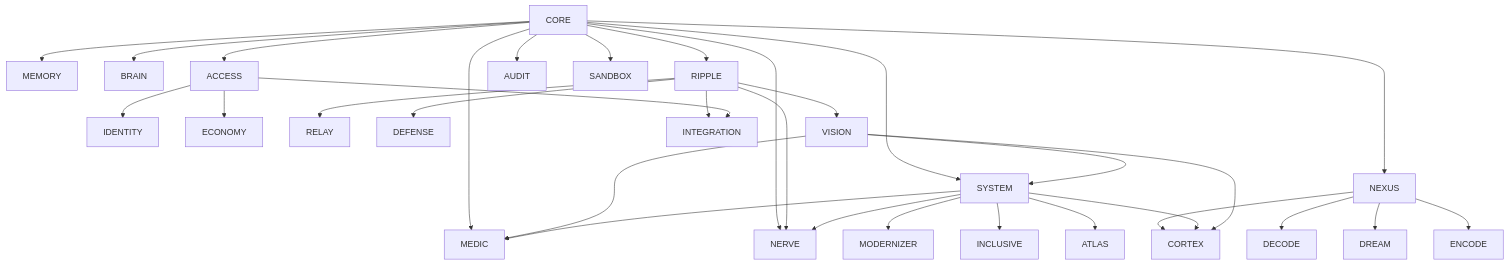
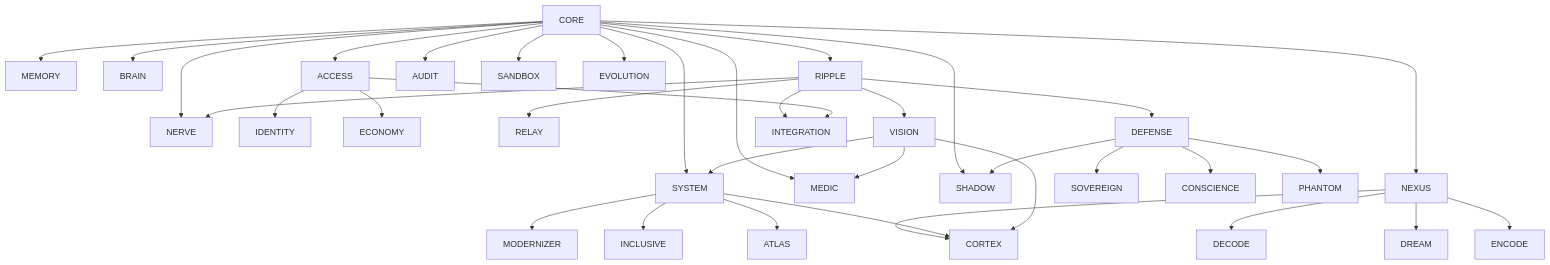
The diagram in docs/internal/01-topology-and-module-registry.md (SweetKenneth/cmpsbl), drawn with Mermaid before and after one commit. The commit also changed other lines of this file, not shown here.

Commit message:
Promoted SHADOW to CSZ node

````diff
--- a/docs/internal/01-topology-and-module-registry.md
+++ b/docs/internal/01-topology-and-module-registry.md
@@ -118,34 +151,38 @@
 ```mermaid
 graph TD
   CORE --> MEMORY
   CORE --> BRAIN
   CORE --> RIPPLE
   CORE --> ACCESS
   CORE --> NEXUS
   CORE --> AUDIT
   CORE --> SANDBOX
   CORE --> MEDIC
   CORE --> NERVE
+  CORE --> SHADOW
+  CORE --> EVOLUTION
   ACCESS --> IDENTITY
   ACCESS --> ECONOMY
   RIPPLE --> RELAY
   RIPPLE --> DEFENSE
   RIPPLE --> VISION
   RIPPLE --> INTEGRATION
   RIPPLE --> NERVE
   ACCESS --> INTEGRATION
   NEXUS --> DECODE
   NEXUS --> DREAM
   NEXUS --> ENCODE
   CORE --> SYSTEM
   VISION --> SYSTEM
   VISION --> MEDIC
-  SYSTEM --> MEDIC
-  SYSTEM --> NERVE
   SYSTEM --> MODERNIZER
   SYSTEM --> INCLUSIVE
   SYSTEM --> ATLAS
   NEXUS --> CORTEX
   SYSTEM --> CORTEX
   VISION --> CORTEX
+  DEFENSE --> SOVEREIGN
+  DEFENSE --> CONSCIENCE
+  DEFENSE --> PHANTOM
+  DEFENSE --> SHADOW
 ```
````
